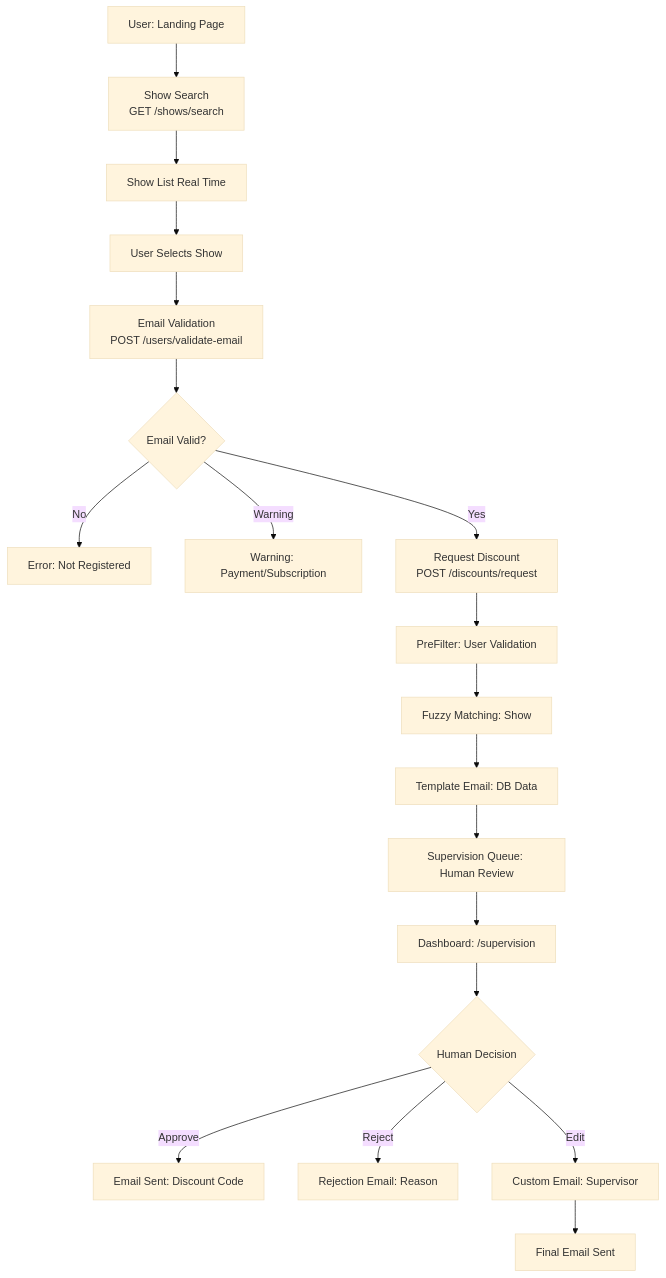
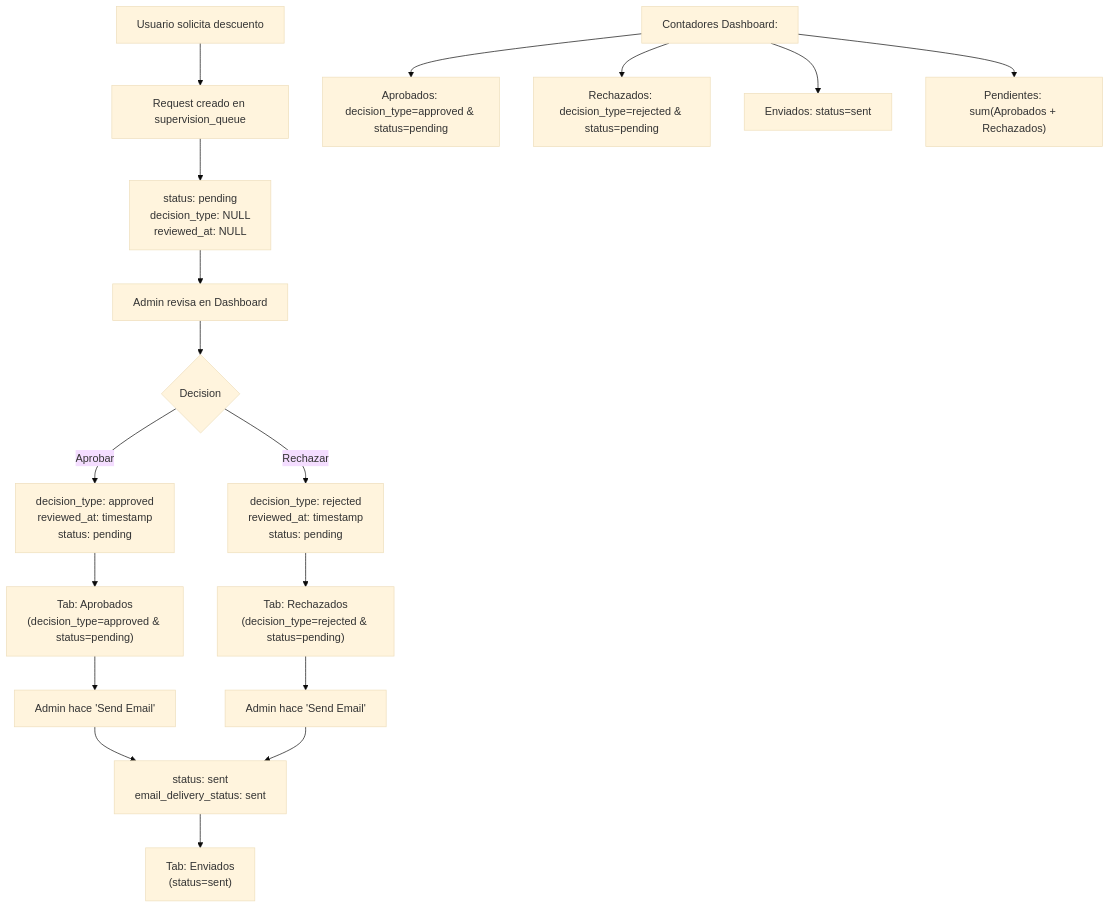
The diagram in README.md (rodrigo-ds4/IndieHoyCommunity), drawn with Mermaid (base theme) before and after one commit. The commit also changed other lines of this file and 14 other files, not shown here.

````diff
--- a/README.md
+++ b/README.md
@@ -43,21 +43,27 @@
 ```mermaid
-graph TD
-    A[User: Landing Page] --> B[Show Search<br/>GET /shows/search]
-    B --> C[Show List Real Time]
-    C --> D[User Selects Show]
-    D --> E[Email Validation<br/>POST /users/validate-email]
-    E --> F{Email Valid?}
-    F -->|No| G[Error: Not Registered]
-    F -->|Warning| H[Warning: Payment/Subscription]
-    F -->|Yes| I[Request Discount<br/>POST /discounts/request]
-    I --> J[PreFilter: User Validation]
-    J --> K[Fuzzy Matching: Show]
-    K --> L[Template Email: DB Data]
-    L --> M[Supervision Queue: Human Review]
-    M --> N[Dashboard: /supervision]
-    N --> O{Human Decision}
-    O -->|Approve| P[Email Sent: Discount Code]
-    O -->|Reject| Q[Rejection Email: Reason]
-    O -->|Edit| R[Custom Email: Supervisor]
-    R --> S[Final Email Sent]
+flowchart TD
+    A["Usuario solicita descuento"] --> B["Request creado en supervision_queue"]
+    B --> C["status: pending<br/>decision_type: NULL<br/>reviewed_at: NULL"]
+    
+    C --> D["Admin revisa en Dashboard"]
+    D --> E{"Decision"}
+    
+    E -->|"Aprobar"| F["decision_type: approved<br/>reviewed_at: timestamp<br/>status: pending"]
+    E -->|"Rechazar"| G["decision_type: rejected<br/>reviewed_at: timestamp<br/>status: pending"]
+    
+    F --> H["Tab: Aprobados<br/>(decision_type=approved & status=pending)"]
+    G --> I["Tab: Rechazados<br/>(decision_type=rejected & status=pending)"]
+    
+    H --> J["Admin hace 'Send Email'"]
+    I --> K["Admin hace 'Send Email'"]
+    
+    J --> L["status: sent<br/>email_delivery_status: sent"]
+    K --> L
+    
+    L --> M["Tab: Enviados<br/>(status=sent)"]
+    
+    N["Contadores Dashboard:"] --> O["Aprobados: decision_type=approved & status=pending"]
+    N --> P["Rechazados: decision_type=rejected & status=pending"] 
+    N --> Q["Enviados: status=sent"]
+    N --> R["Pendientes: sum(Aprobados + Rechazados)"]
 ```
````
